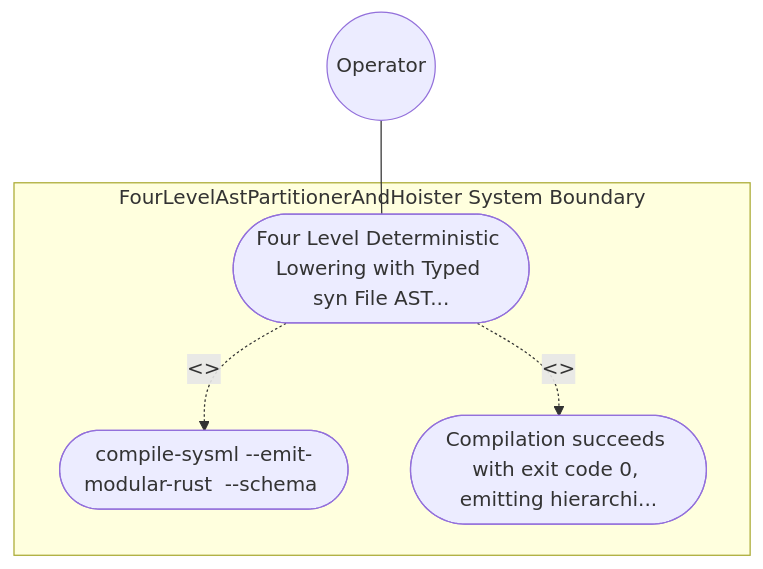
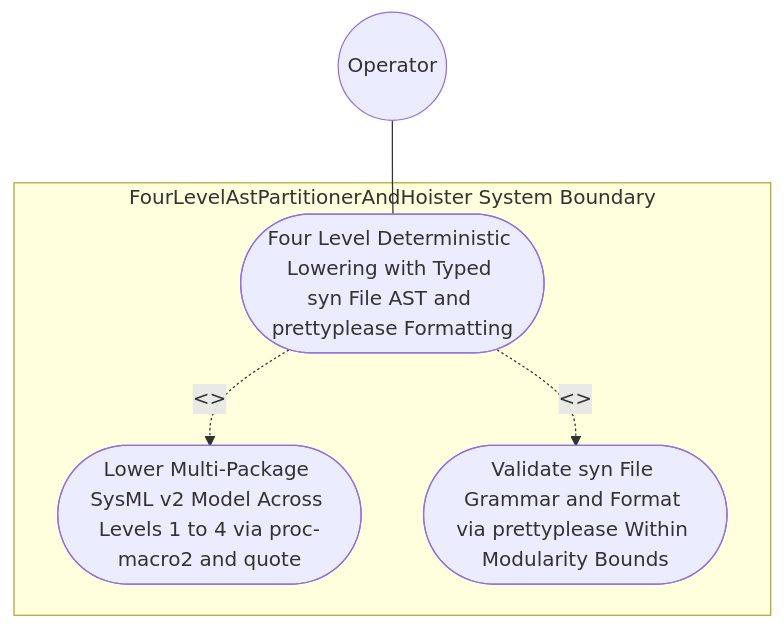
The diagram in .pipeline/upstream/docs/use-cases/UC-33-Four_Level_Deterministic_Lowering_with_Typed_syn_File_AST_and_prettyplease_Formatting.md (gintatkinson/DEAP01-spec-core), drawn with Mermaid before and after one commit. The commit also changed other lines of this file and 225 other files, not shown here.

````diff
--- a/.pipeline/upstream/docs/use-cases/UC-33-Four_Level_Deterministic_Lowering_with_Typed_syn_File_AST_and_prettyplease_Formatting.md
+++ b/.pipeline/upstream/docs/use-cases/UC-33-Four_Level_Deterministic_Lowering_with_Typed_syn_File_AST_and_prettyplease_Formatting.md
@@ -16,11 +16,11 @@
 ```mermaid
 graph TD
     subgraph "FourLevelAstPartitionerAndHoister System Boundary"
-        UC_Main(["Four Level Deterministic Lowering with Typed syn File AST..."])
-        UC_Step01(["compile-sysml --emit-modular-rust <OUT_DIR> --schema <FIX..."])
-        UC_Step02(["Compilation succeeds with exit code 0, emitting hierarchi..."])
+        UC_Main(["Four Level Deterministic Lowering with Typed syn File AST and prettyplease Formatting"])
+        UC_Step01(["Lower Multi-Package SysML v2 Model Across Levels 1 to 4 via proc-macro2 and quote"])
+        UC_Step02(["Validate syn File Grammar and Format via prettyplease Within Modularity Bounds"])
     end
     Operator(("Operator")) --- UC_Main
     UC_Main -. "<<include>>" .-> UC_Step01
     UC_Main -. "<<include>>" .-> UC_Step02
 ```
````
